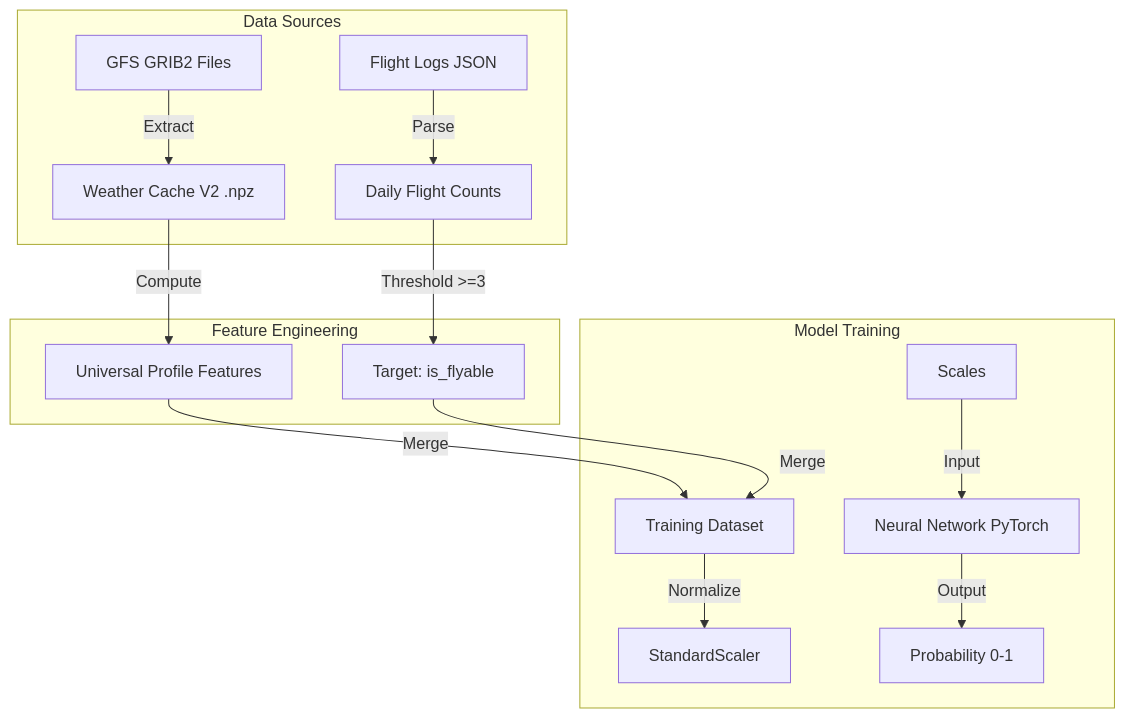
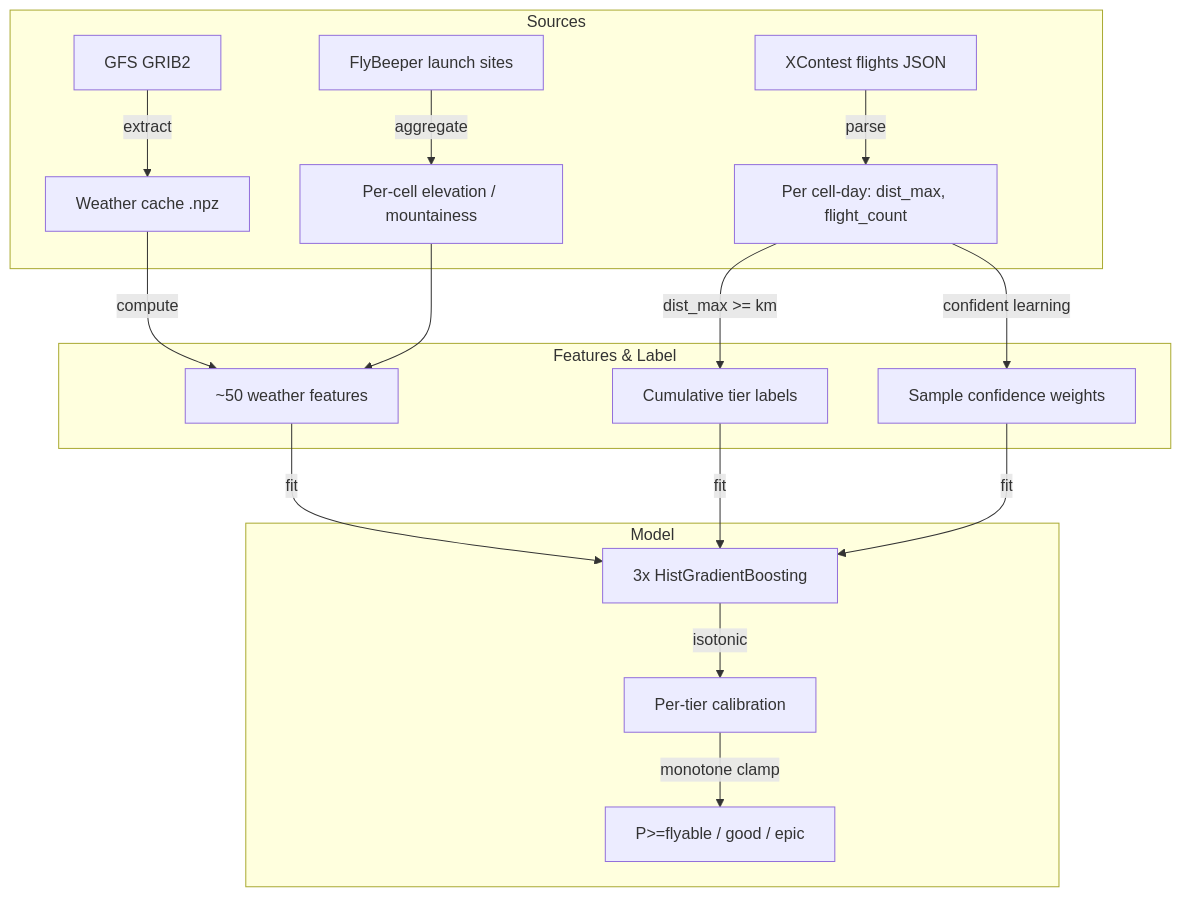
One commit to Genajoin/paraglideml changed the diagram in docs/MODEL.md. Above: the diagram before and after it, drawn with Mermaid. The commit also changed other lines of this file and 31 other files, not shown here.

First line of the commit message:
Ordinal flight-quality tiers + torch-free inference library (v0.1.0) (#1)

````diff
--- a/docs/MODEL.md
+++ b/docs/MODEL.md
@@ -12,19 +29,19 @@
 ```mermaid
 graph TD
-    subgraph Data Sources
-        GFS[GFS GRIB2 Files] -->|Extract| Cache[Weather Cache V2 .npz]
-        Logs[Flight Logs JSON] -->|Parse| Flights[Daily Flight Counts]
+    subgraph Sources
+        GFS[GFS GRIB2] -->|extract| Cache[Weather cache .npz]
+        Logs[XContest flights JSON] -->|parse| Dist[Per cell-day: dist_max, flight_count]
+        Sites[FlyBeeper launch sites] -->|aggregate| Terrain[Per-cell elevation / mountainess]
     end
-
-    subgraph Feature Engineering
-        Cache -->|Compute| Features[Universal Profile Features]
-        Flights -->|Threshold >=3| Labels[Target: is_flyable]
+    subgraph Features & Label
+        Cache -->|compute| Feat[~50 weather features]
+        Terrain --> Feat
+        Dist -->|dist_max >= km| Label[Cumulative tier labels]
+        Dist -->|confident learning| Weight[Sample confidence weights]
     end
-
-    subgraph Model Training
-        Features & Labels -->|Merge| Dataset[Training Dataset]
-        Dataset -->|Normalize| Scaler[StandardScaler]
-        Scales -->|Input| NN[Neural Network PyTorch]
-        NN -->|Output| Prob[Probability 0-1]
+    subgraph Model
+        Feat & Label & Weight -->|fit| GBM[3x HistGradientBoosting]
+        GBM -->|isotonic| Calib[Per-tier calibration]
+        Calib -->|monotone clamp| Out[P>=flyable / good / epic]
     end
 ```
````
